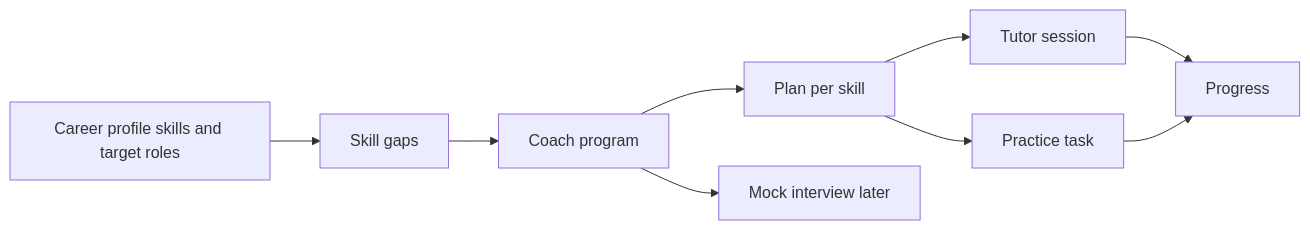
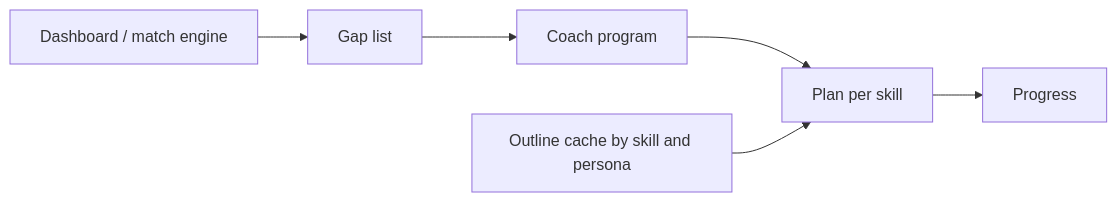
The first of 2 diagrams in docs/skill-coach.md (sahil1330/zaprill-app), drawn with Mermaid before and after one commit. The commit also changed other lines of this file, not shown here.

First line of the commit message:
docs: revise Skill Coach after head review

````diff
--- a/docs/skill-coach.md
+++ b/docs/skill-coach.md
@@ -41,16 +42,12 @@
 ```mermaid
 flowchart LR
-  profile["Career profile skills and target roles"]
-  gaps["Skill gaps"]
+  engine["Dashboard / match engine"]
+  gaps["Gap list"]
   program["Coach program"]
+  cache["Outline cache by skill and persona"]
   plan["Plan per skill"]
-  tutor["Tutor session"]
-  practice["Practice task"]
   progress["Progress"]
-  mock["Mock interview later"]
 
-  profile --> gaps --> program --> plan
-  plan --> tutor --> progress
-  plan --> practice --> progress
-  program --> mock
+  engine --> gaps --> program --> plan --> progress
+  cache --> plan
 ```
````
